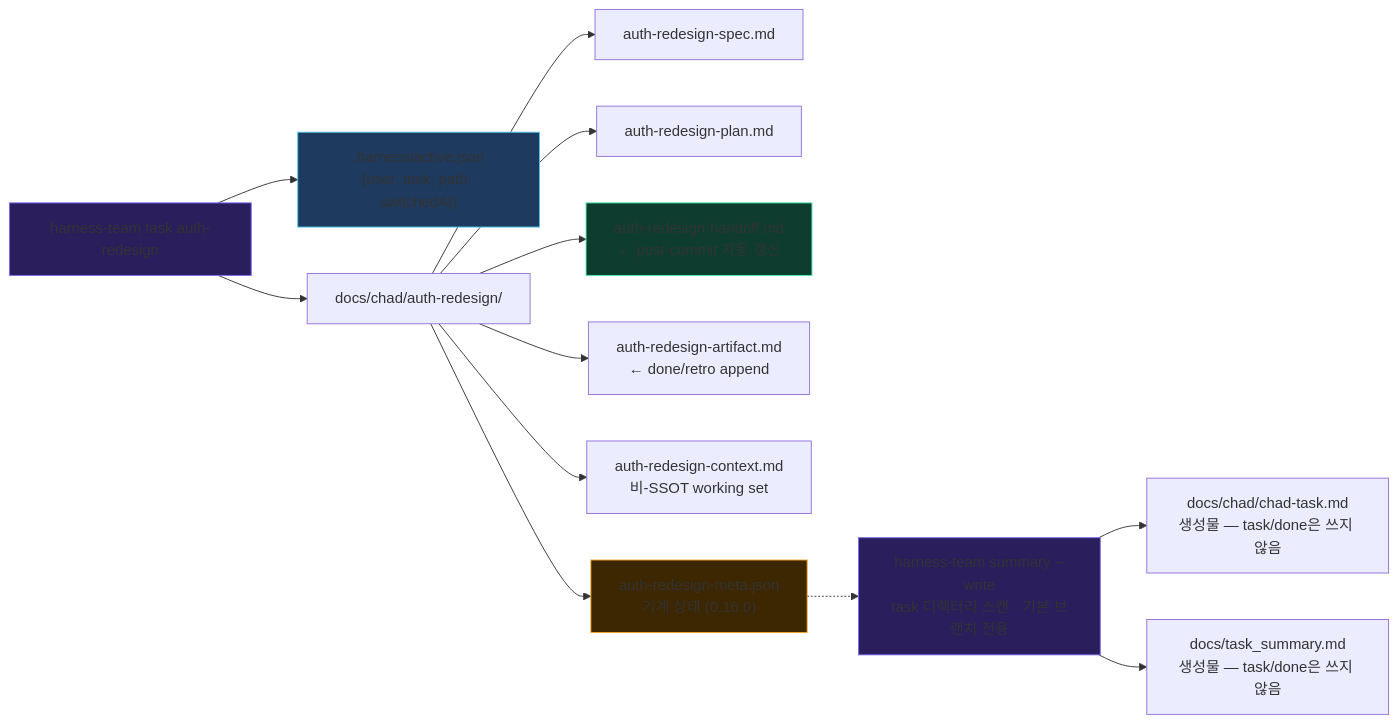
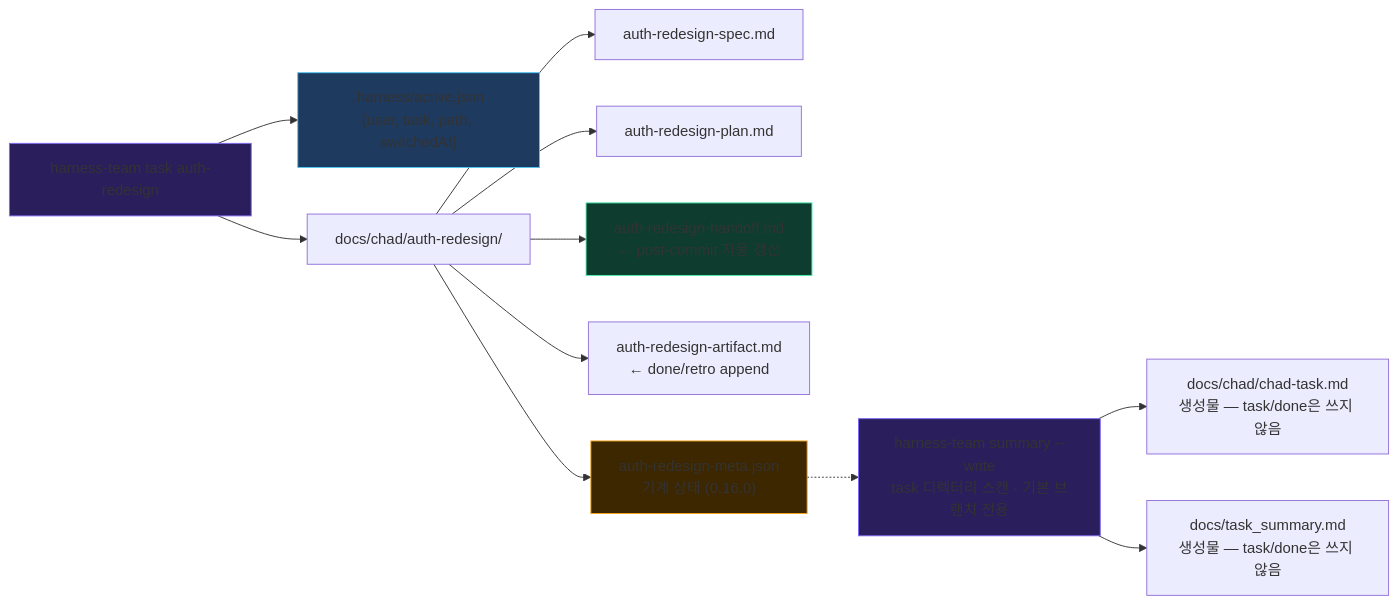
One commit to bd-makers/team-harness changed the diagram in docs/diagrams/harness-overview/task-files.mmd. Above: the diagram before and after it, drawn with Mermaid. The commit also changed 48 other files, not shown here.

```diff
--- a/docs/diagrams/harness-overview/task-files.mmd
+++ b/docs/diagrams/harness-overview/task-files.mmd
@@ -1,18 +1,17 @@
 graph LR
     CMD["harness-team task auth-redesign"] --> ACTIVE[".harness/active.json\n{user, task, path, switchedAt}"]
     CMD --> DIR["docs/chad/auth-redesign/"]
     DIR --> SP["auth-redesign-spec.md"]
     DIR --> PL["auth-redesign-plan.md"]
     DIR --> HO["auth-redesign-handoff.md\n← post-commit 자동 갱신"]
     DIR --> AR["auth-redesign-artifact.md\n← done/retro append"]
-    DIR --> CX["auth-redesign-context.md\n비-SSOT working set"]
     DIR --> MT["auth-redesign-meta.json\n기계 상태 (0.16.0)"]
     MT -.-> SUMCMD["harness-team summary --write\ntask 디렉터리 스캔 · 기본 브랜치 전용"]
     SUMCMD --> IDX["docs/chad/chad-task.md\n생성물 — task/done은 쓰지 않음"]
     SUMCMD --> SUM["docs/task_summary.md\n생성물 — task/done은 쓰지 않음"]
 
     style CMD fill:#2a1f5c,stroke:#7c6af5
     style ACTIVE fill:#1e3a5f,stroke:#50c8f5
     style HO fill:#0e3d30,stroke:#4df0aa
     style MT fill:#3d2700,stroke:#f5a623
     style SUMCMD fill:#2a1f5c,stroke:#7c6af5
```
